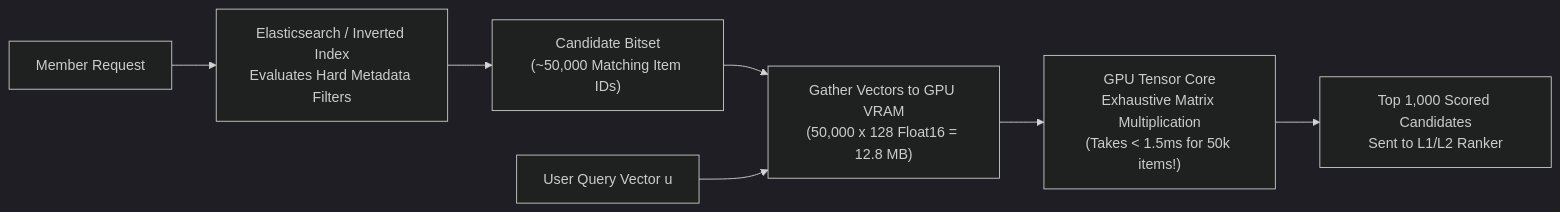
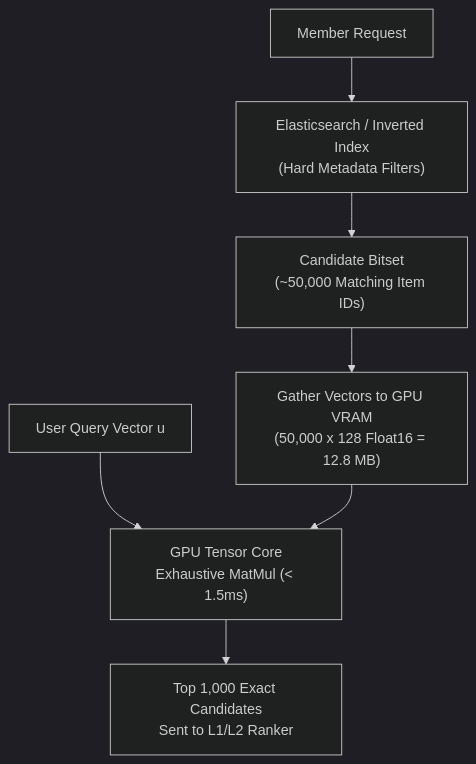
One commit to jyotipmahes/ML-Interview-Prep changed diagram 11 of 18 in System_Design/01_Recommendation_Systems/Part_1_Retrieval_and_Candidate_Generation.md. Above: the diagram before and after it, drawn with Mermaid (dark theme). The commit also changed other lines of this file, not shown here.

````diff
--- a/System_Design/01_Recommendation_Systems/Part_1_Retrieval_and_Candidate_Generation.md
+++ b/System_Design/01_Recommendation_Systems/Part_1_Retrieval_and_Candidate_Generation.md
@@ -642,9 +760,9 @@
 ```mermaid
-flowchart LR
-    Request["Member Request"] --> InvertedIdx["Elasticsearch / Inverted Index<br/>Evaluates Hard Metadata Filters"]
+flowchart TD
+    Request["Member Request"] --> InvertedIdx["Elasticsearch / Inverted Index<br/>(Hard Metadata Filters)"]
     InvertedIdx --> Bitset["Candidate Bitset<br/>(~50,000 Matching Item IDs)"]
     Bitset --> GPUMem["Gather Vectors to GPU VRAM<br/>(50,000 x 128 Float16 = 12.8 MB)"]
-    UserVec["User Query Vector u"] --> GPUMem
-    GPUMem --> TensorCore["GPU Tensor Core<br/>Exhaustive Matrix Multiplication<br/>(Takes < 1.5ms for 50k items!)"]
-    TensorCore --> TopK["Top 1,000 Scored Candidates<br/>Sent to L1/L2 Ranker"]
+    UserVec["User Query Vector u"] --> TensorCore
+    GPUMem --> TensorCore["GPU Tensor Core<br/>Exhaustive MatMul (< 1.5ms)"]
+    TensorCore --> TopK["Top 1,000 Exact Candidates<br/>Sent to L1/L2 Ranker"]
 ```
````
